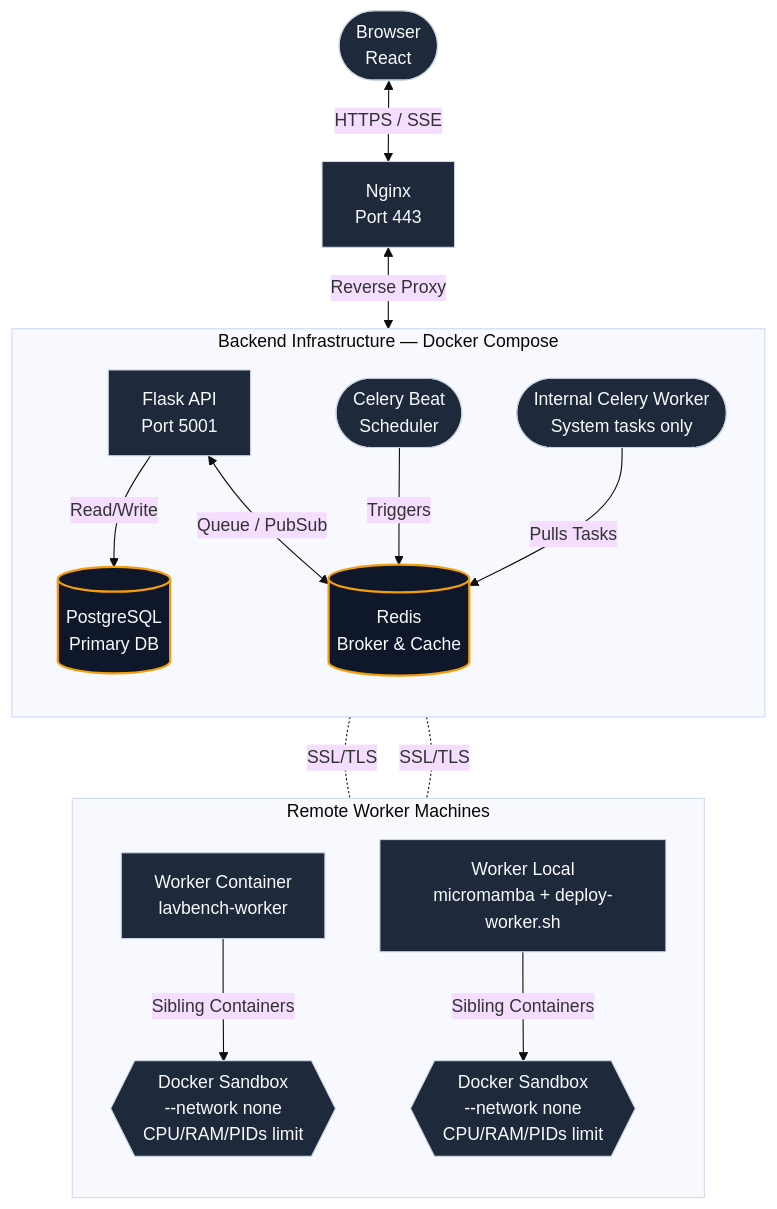
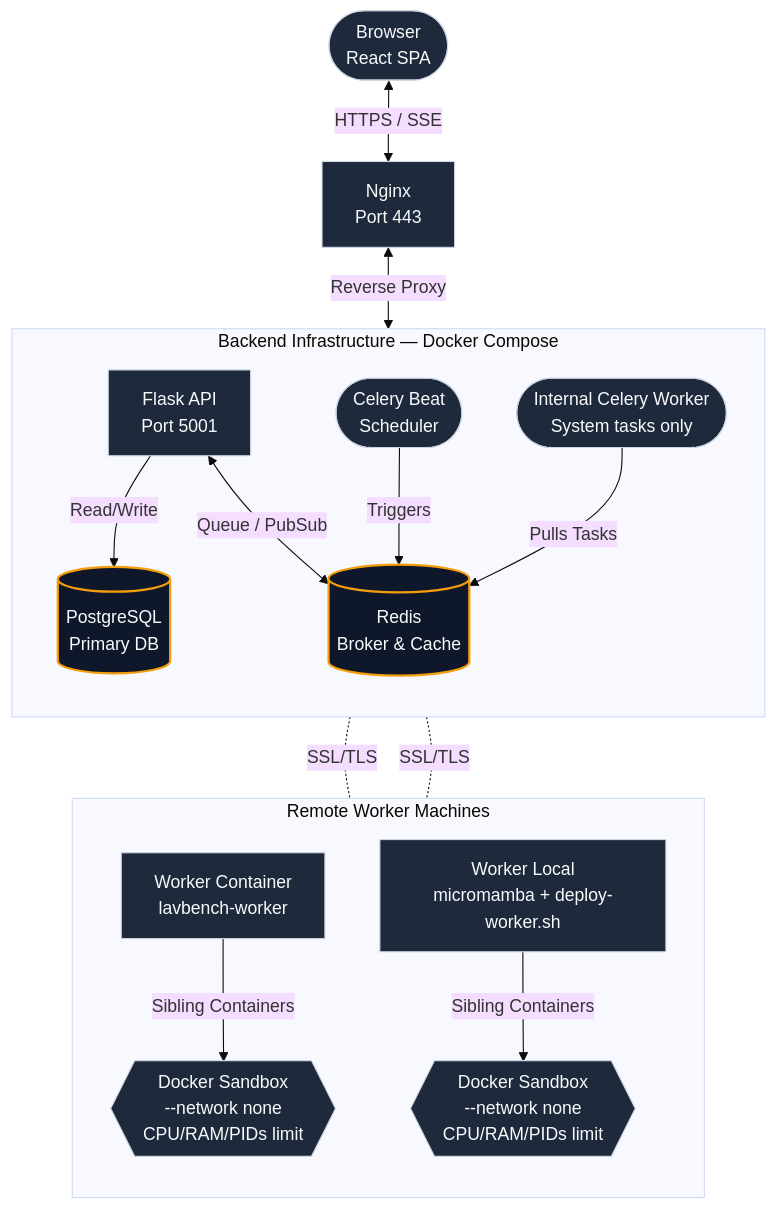
Before and after one commit to delyan-boychev/lavbench: the diagram in README.md, drawn with Mermaid (base theme). The commit also changed other lines of this file and 34 other files, not shown here.

````diff
--- a/README.md
+++ b/README.md
@@ -60,31 +62,31 @@
 ```mermaid
 flowchart TD
     %% Client & Gateway
-    Client([Browser<br>React]) <-->|HTTPS / SSE| Nginx[Nginx<br>Port 443]
+    Client([Browser<br>React SPA]) <-->|HTTPS / SSE| Nginx[Nginx<br>Port 443]
     Nginx <-->|Reverse Proxy| API[Flask API<br>Port 5001]
 
     %% Core Data & Message Broker
     subgraph Core [Backend Infrastructure — Docker Compose]
         direction TB
         API -->|Read/Write| DB[(PostgreSQL<br>Primary DB)]
         API <-->|Queue / PubSub| Redis[(Redis<br>Broker & Cache)]
         Beat([Celery Beat<br>Scheduler]) -->|Triggers| Redis
         Internal([Internal Celery Worker<br>System tasks only]) -->|Pulls Tasks| Redis
     end
 
     %% Remote Worker Nodes
     subgraph Remote [Remote Worker Machines]
         direction TB
         W1[Worker Container<br>lavbench-worker] -->|Sibling Containers| S1{{Docker Sandbox<br>--network none<br>CPU/RAM/PIDs limit}}
         W2[Worker Local<br>micromamba + deploy-worker.sh] -->|Sibling Containers| S2{{Docker Sandbox<br>--network none<br>CPU/RAM/PIDs limit}}
     end
 
     %% Connections from Redis to Workers
     Redis -.-|SSL/TLS| W1
     Redis -.-|SSL/TLS| W2
 
     %% Styling
     classDef default fill:#1e293b,stroke:#cbd5e1,stroke-width:1px,color:#f8fafc;
     classDef database fill:#0f172a,stroke:#f59e0b,stroke-width:2px,color:#f8fafc;
     class DB,Redis database;
 ```
````
